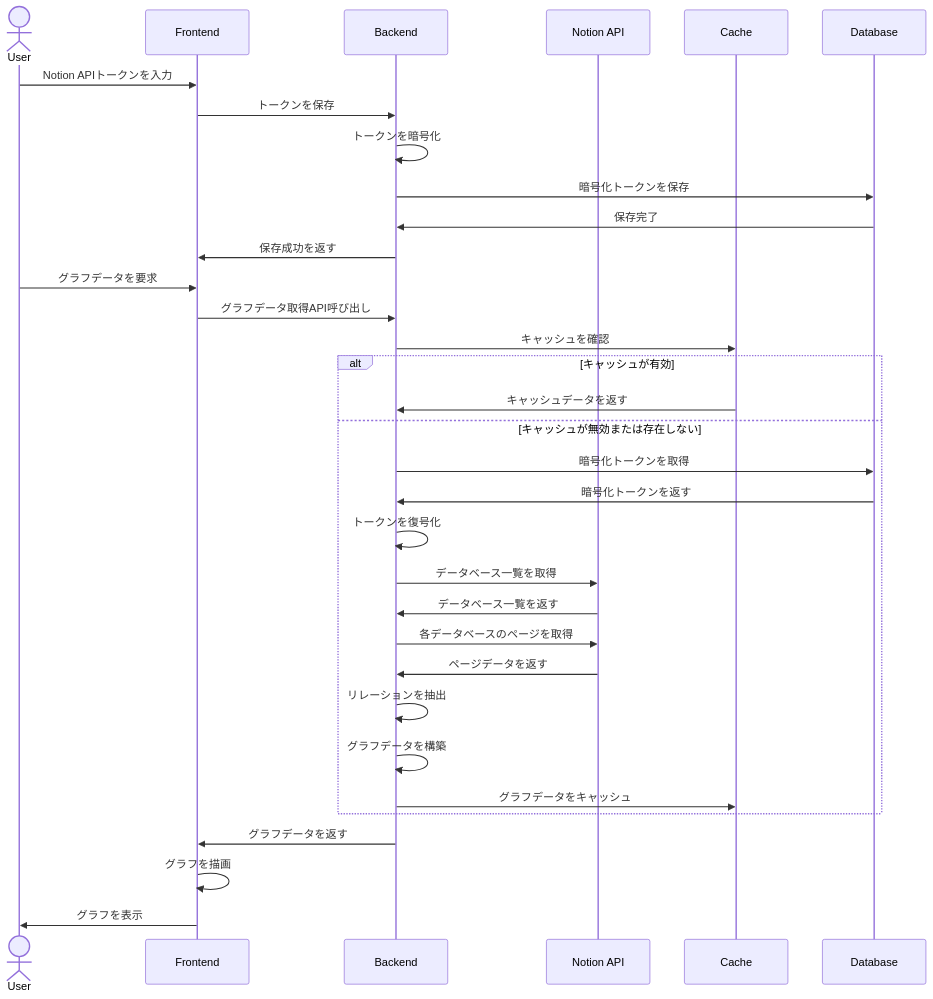
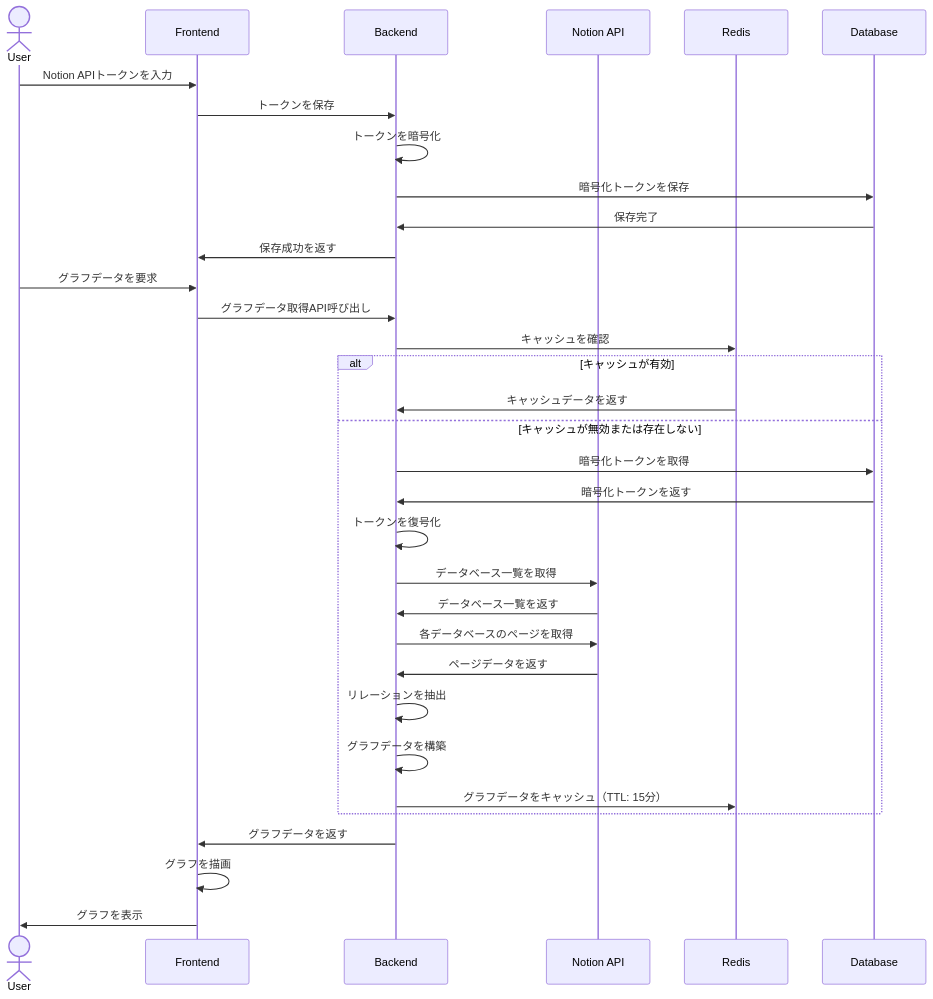
One commit to argondev22/notion-relation-view changed the second of 8 diagrams in .kiro/specs/mvp/design.md. Above: the diagram before and after it, drawn with Mermaid. The commit also changed other lines of this file, not shown here.

First line of the commit message:
docs(specs/mvp): specify Redis as required caching infrastructure

````diff
--- a/.kiro/specs/mvp/design.md
+++ b/.kiro/specs/mvp/design.md
@@ -61,37 +61,37 @@
 ```mermaid
 sequenceDiagram
     actor User
     participant Frontend
     participant Backend
     participant NotionAPI as Notion API
-    participant Cache
+    participant Redis
     participant DB as Database
 
     User->>Frontend: Notion APIトークンを入力
     Frontend->>Backend: トークンを保存
     Backend->>Backend: トークンを暗号化
     Backend->>DB: 暗号化トークンを保存
     DB->>Backend: 保存完了
     Backend->>Frontend: 保存成功を返す
 
     User->>Frontend: グラフデータを要求
     Frontend->>Backend: グラフデータ取得API呼び出し
-    Backend->>Cache: キャッシュを確認
+    Backend->>Redis: キャッシュを確認
     alt キャッシュが有効
-        Cache->>Backend: キャッシュデータを返す
+        Redis->>Backend: キャッシュデータを返す
     else キャッシュが無効または存在しない
         Backend->>DB: 暗号化トークンを取得
         DB->>Backend: 暗号化トークンを返す
         Backend->>Backend: トークンを復号化
         Backend->>NotionAPI: データベース一覧を取得
         NotionAPI->>Backend: データベース一覧を返す
         Backend->>NotionAPI: 各データベースのページを取得
         NotionAPI->>Backend: ページデータを返す
         Backend->>Backend: リレーションを抽出
         Backend->>Backend: グラフデータを構築
-        Backend->>Cache: グラフデータをキャッシュ
+        Backend->>Redis: グラフデータをキャッシュ（TTL: 15分）
     end
     Backend->>Frontend: グラフデータを返す
     Frontend->>Frontend: グラフを描画
     Frontend->>User: グラフを表示
 ```
````
